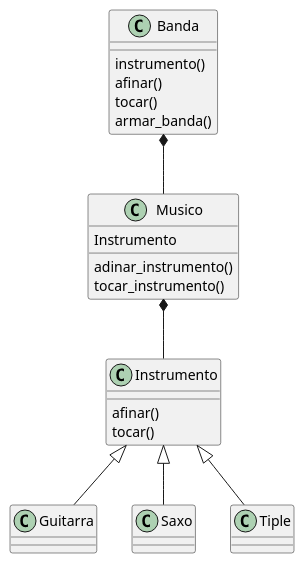
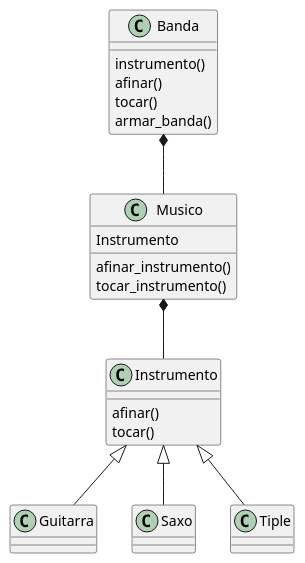
Before and after one commit to JuanAvilaAlvarez/BANDA_MUSICAL: the diagram in clases.plantuml, drawn with PlantUML. The commit also changed 7 other files, not shown here.

```diff
--- a/clases.plantuml
+++ b/clases.plantuml
@@ -1,22 +1,22 @@
 @startuml
 
 Instrumento <|-- Guitarra
 Instrumento <|-- Saxo
 Instrumento <|-- Tiple
 
 Musico *-- Instrumento
 Banda *-- Musico
 
 Instrumento : afinar()
 Instrumento : tocar()
 
 Musico : Instrumento
-Musico : adinar_instrumento()
+Musico : afinar_instrumento()
 Musico : tocar_instrumento()
 
 Banda : instrumento()
 Banda : afinar()
 Banda : tocar()
 Banda : armar_banda()
 
 @enduml
```
